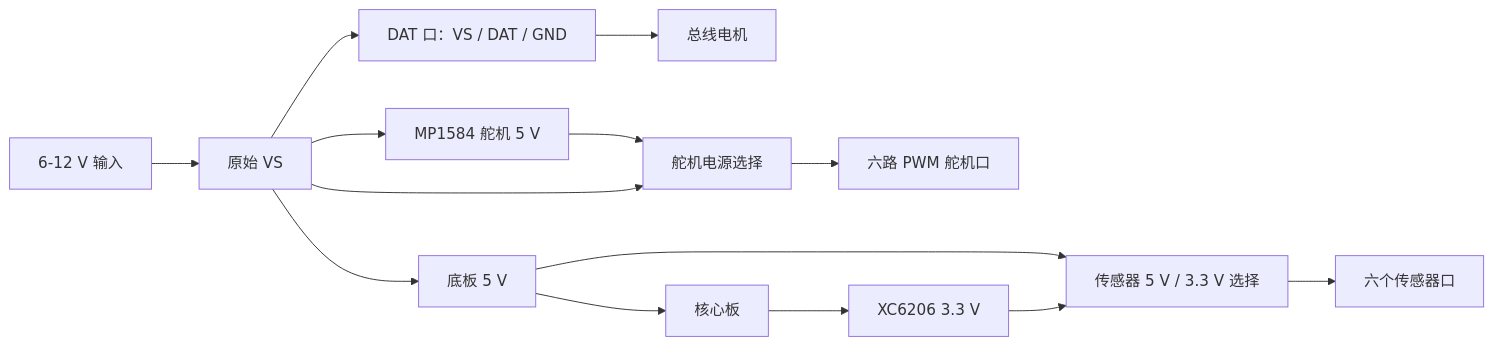
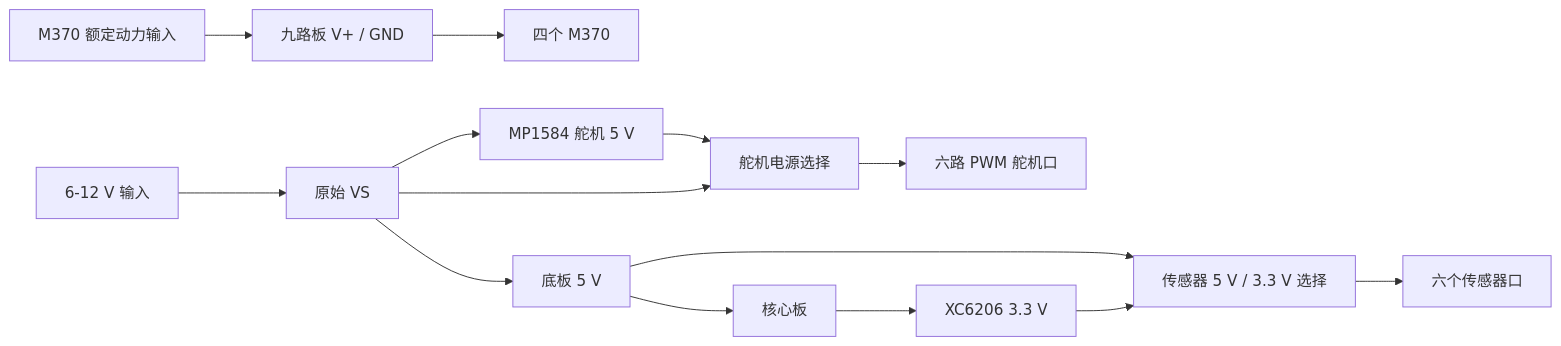
One commit to chbq/c5-car-playground changed the second of 2 diagrams in docs/hardware.md. Above: the diagram before and after it, drawn with Mermaid. The commit also changed other lines of this file and 21 other files, not shown here.

````diff
--- a/docs/hardware.md
+++ b/docs/hardware.md
@@ -50,16 +52,16 @@
 ```mermaid
 flowchart LR
     VIN["6-12 V 输入"] --> VS["原始 VS"]
-    VS --> BUS["DAT 口：VS / DAT / GND"]
-    BUS --> MOTORS["总线电机"]
+    MVIN["M370 额定动力输入"] --> SPLITP["九路板 V+ / GND"]
+    SPLITP --> MOTORS["四个 M370"]
     VS --> SERVO5["MP1584 舵机 5 V"]
     SERVO5 --> SELS["舵机电源选择"]
     VS --> SELS
     SELS --> PWM["六路 PWM 舵机口"]
     VS --> LOGIC5["底板 5 V"]
     LOGIC5 --> CORE["核心板"]
     CORE --> V33["XC6206 3.3 V"]
     LOGIC5 --> SELN["传感器 5 V / 3.3 V 选择"]
     V33 --> SELN
     SELN --> SENSORS["六个传感器口"]
 ```
````
